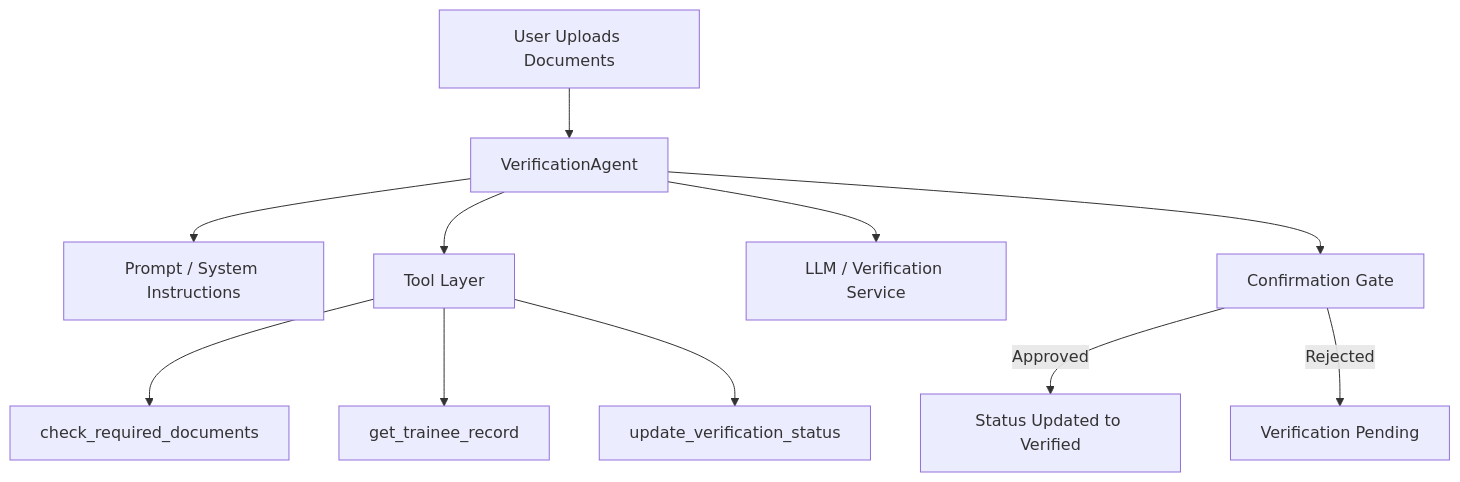
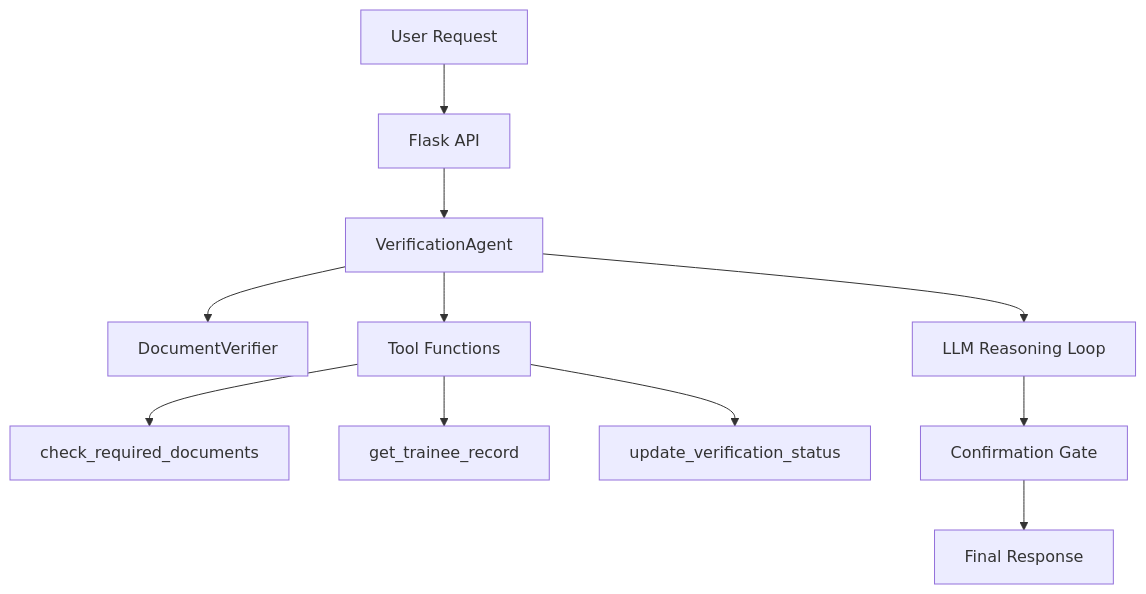
Before and after one commit to AshwiniSrin/Trainee-Document-Verification: the diagram in README.md, drawn with Mermaid. The commit also changed other lines of this file, not shown here.

````diff
--- a/README.md
+++ b/README.md
@@ -61,13 +56,13 @@
 ```mermaid
 flowchart TD
-    A[User Uploads Documents] --> B[VerificationAgent]
-    B --> C[Prompt / System Instructions]
-    B --> D[Tool Layer]
-    D --> E[check_required_documents]
-    D --> F[get_trainee_record]
-    D --> G[update_verification_status]
-    B --> H[LLM / Verification Service]
-    B --> I[Confirmation Gate]
-    I -->|Approved| J[Status Updated to Verified]
-    I -->|Rejected| K[Verification Pending]
+    A[User Request] --> B[Flask API]
+    B --> C[VerificationAgent]
+    C --> D[DocumentVerifier]
+    C --> E[Tool Functions]
+    E --> F[check_required_documents]
+    E --> G[get_trainee_record]
+    E --> H[update_verification_status]
+    C --> I[LLM Reasoning Loop]
+    I --> J[Confirmation Gate]
+    J --> K[Final Response]
 ```
````
